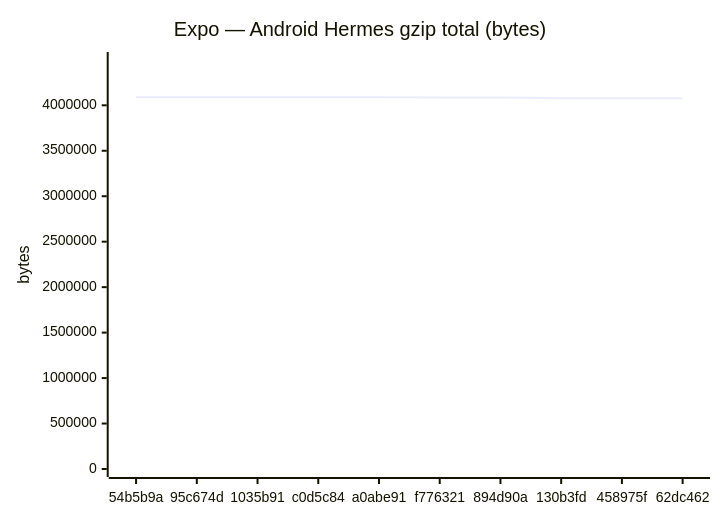
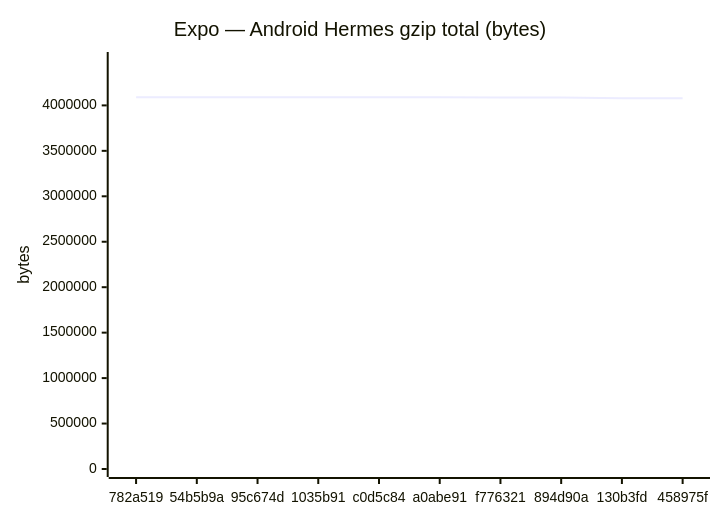
One commit to Metaheurist/Rianell changed the fifth of 18 diagrams in benchmarks/compare.md. Above: the diagram before and after it, drawn with Mermaid. The commit also changed other lines of this file and 11 other files, not shown here.

````diff
--- a/benchmarks/compare.md
+++ b/benchmarks/compare.md
@@ -89,7 +89,7 @@
 ```mermaid
 xychart-beta
     title "Expo — Android Hermes gzip total (bytes)"
-    x-axis ["54b5b9a", "95c674d", "1035b91", "c0d5c84", "a0abe91", "f776321", "894d90a", "130b3fd", "458975f", "62dc462"]
-    y-axis "bytes" 0 --> 4498245
-    line [4089313, 4088814, 4088813, 4088813, 4088812, 4085830, 4086643, 4077332, 4077341, 4077340]
+    x-axis ["782a519", "54b5b9a", "95c674d", "1035b91", "c0d5c84", "a0abe91", "f776321", "894d90a", "130b3fd", "458975f"]
+    y-axis "bytes" 0 --> 4499396
+    line [4090360, 4089313, 4088814, 4088813, 4088813, 4088812, 4085830, 4086643, 4077332, 4077341]
 ```
````
